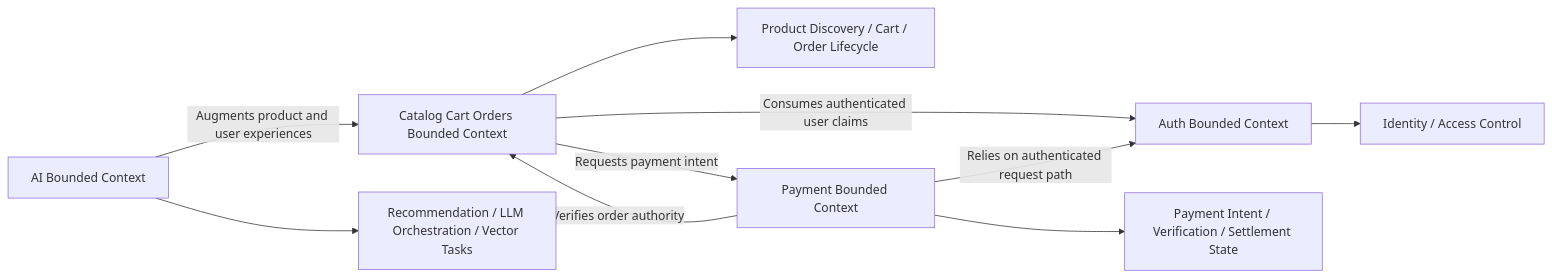
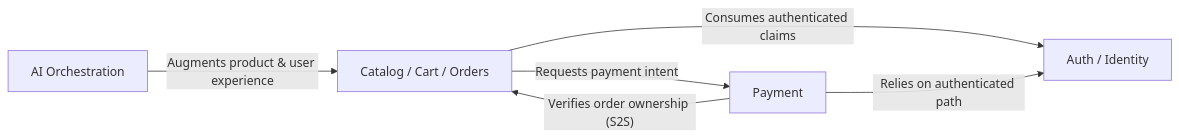
One commit to JreeyL/Eattoday-Architecture-Spec changed the second of 6 diagrams in README.md. Above: the diagram before and after it, drawn with Mermaid. The commit also changed other lines of this file, not shown here.

Commit message:
feat(release/v0.1.0): add multi-cloud topology, JWT auth, Stripe payment, and monorepo Mermaid diagrams

````diff
--- a/README.md
+++ b/README.md
@@ -60,13 +92,8 @@
 ```mermaid
 graph LR
-    AuthBC["Auth Bounded Context"] --> Identity["Identity / Access Control"]
-    CommerceBC["Catalog Cart Orders Bounded Context"] --> CommerceDomain["Product Discovery / Cart / Order Lifecycle"]
-    PaymentBC["Payment Bounded Context"] --> PaymentDomain["Payment Intent / Verification / Settlement State"]
-    AIBC["AI Bounded Context"] --> AIDomain["Recommendation / LLM Orchestration / Vector Tasks"]
-
-    CommerceBC -->|"Requests payment intent"| PaymentBC
-    PaymentBC -->|"Verifies order authority"| CommerceBC
-    CommerceBC -->|"Consumes authenticated user claims"| AuthBC
-    PaymentBC -->|"Relies on authenticated request path"| AuthBC
-    AIBC -->|"Augments product and user experiences"| CommerceBC
+    CommerceBC["Catalog / Cart / Orders"] -->|"Requests payment intent"| PaymentBC["Payment"]
+    PaymentBC -->|"Verifies order ownership (S2S)"| CommerceBC
+    CommerceBC -->|"Consumes authenticated claims"| AuthBC["Auth / Identity"]
+    PaymentBC -->|"Relies on authenticated path"| AuthBC
+    AIBC["AI Orchestration"] -->|"Augments product & user experience"| CommerceBC
 ```
````
